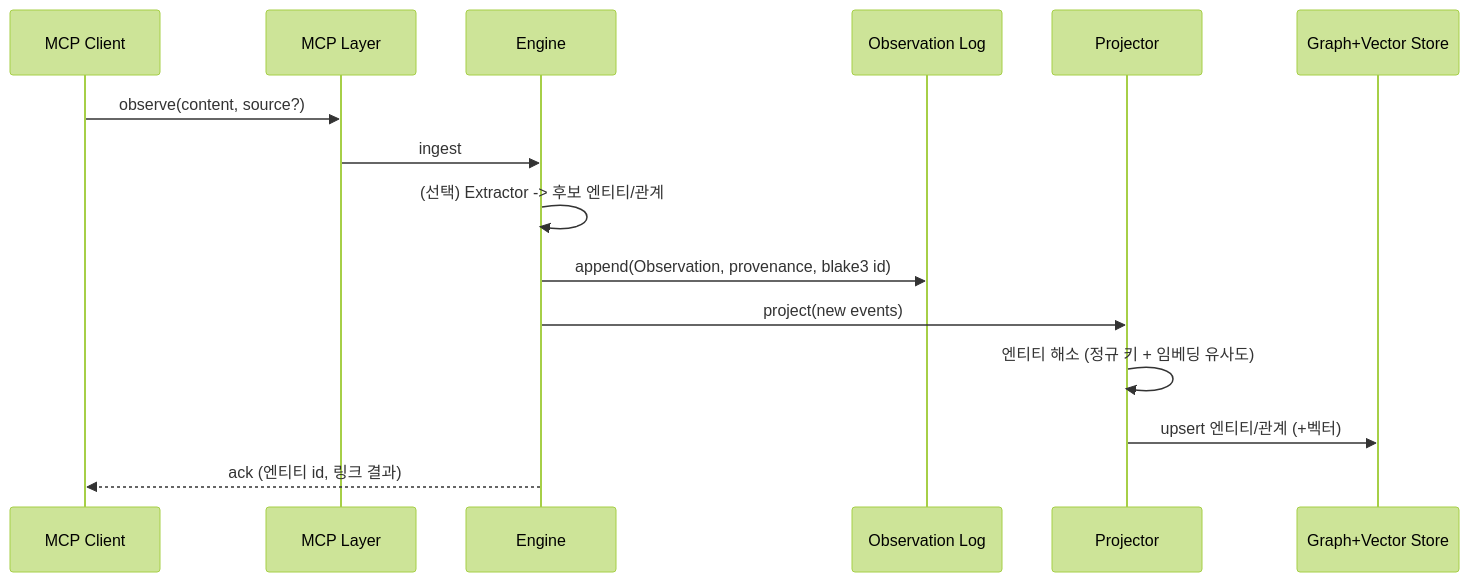
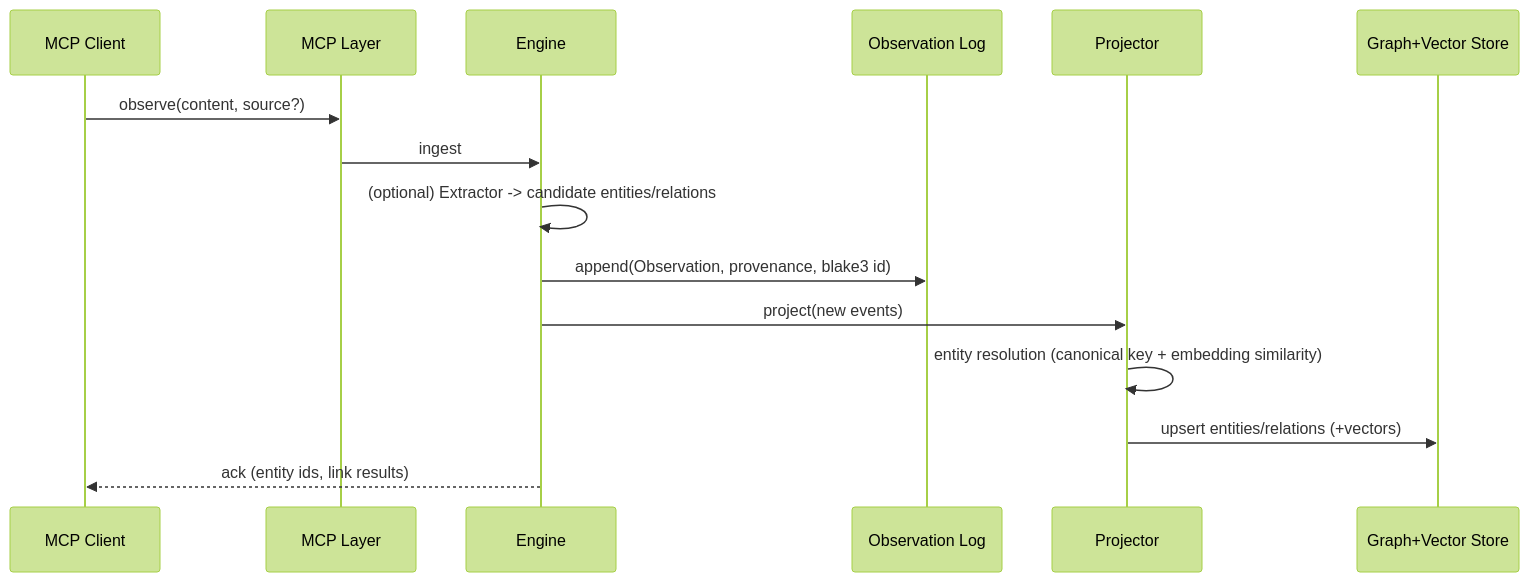
Before and after one commit to Ashon/supragnosis: the second of 3 diagrams in docs/architecture.md, drawn with Mermaid (forest theme). The commit also changed other lines of this file and 5 other files, not shown here.

````diff
--- a/docs/architecture.md
+++ b/docs/architecture.md
@@ -134,17 +134,17 @@
 ```mermaid
 sequenceDiagram
     participant Cl as MCP Client
     participant Mcp as MCP Layer
     participant Eng as Engine
     participant Log as Observation Log
     participant Prj as Projector
     participant G as Graph+Vector Store
     Cl->>Mcp: observe(content, source?)
     Mcp->>Eng: ingest
-    Eng->>Eng: (선택) Extractor -> 후보 엔티티/관계
+    Eng->>Eng: (optional) Extractor -> candidate entities/relations
     Eng->>Log: append(Observation, provenance, blake3 id)
     Eng->>Prj: project(new events)
-    Prj->>Prj: 엔티티 해소 (정규 키 + 임베딩 유사도)
-    Prj->>G: upsert 엔티티/관계 (+벡터)
-    Eng-->>Cl: ack (엔티티 id, 링크 결과)
+    Prj->>Prj: entity resolution (canonical key + embedding similarity)
+    Prj->>G: upsert entities/relations (+vectors)
+    Eng-->>Cl: ack (entity ids, link results)
 ```
````
